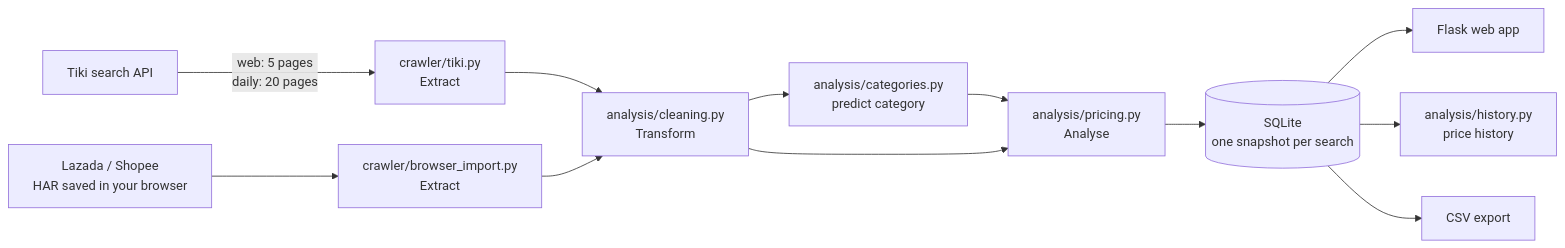
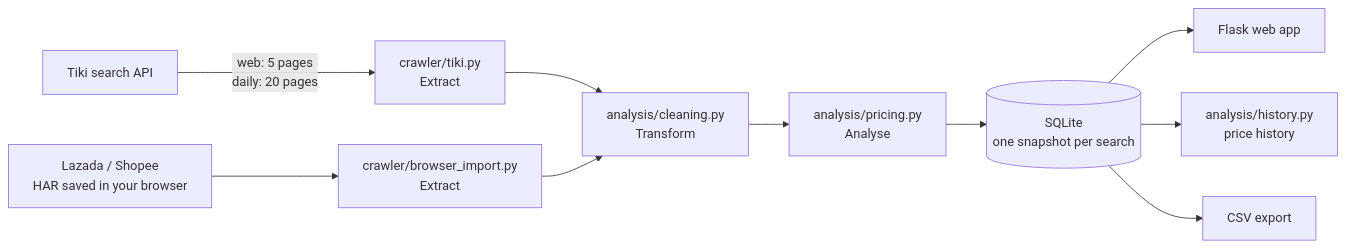
Before and after one commit to NamAnh-dev/Web-Crawler-for-E-commerce-Prices: the diagram in README.md, drawn with Mermaid. The commit also changed other lines of this file and 26 other files, not shown here.

````diff
--- a/README.md
+++ b/README.md
@@ -26,14 +25,12 @@
 ```mermaid
 flowchart LR
     A["Tiki search API"] -->|"web: 5 pages<br/>daily: 20 pages"| B["crawler/tiki.py<br/>Extract"]
     L["Lazada / Shopee<br/>HAR saved in your browser"] --> I["crawler/browser_import.py<br/>Extract"]
     B --> C["analysis/cleaning.py<br/>Transform"]
     I --> C
-    C --> K["analysis/categories.py<br/>predict category"]
-    K --> D["analysis/pricing.py<br/>Analyse"]
-    C --> D
+    C --> D["analysis/pricing.py<br/>Analyse"]
     D --> E[("SQLite<br/>one snapshot per search")]
     E --> F["Flask web app"]
     E --> H["analysis/history.py<br/>price history"]
     E --> G["CSV export"]
 ```
````
